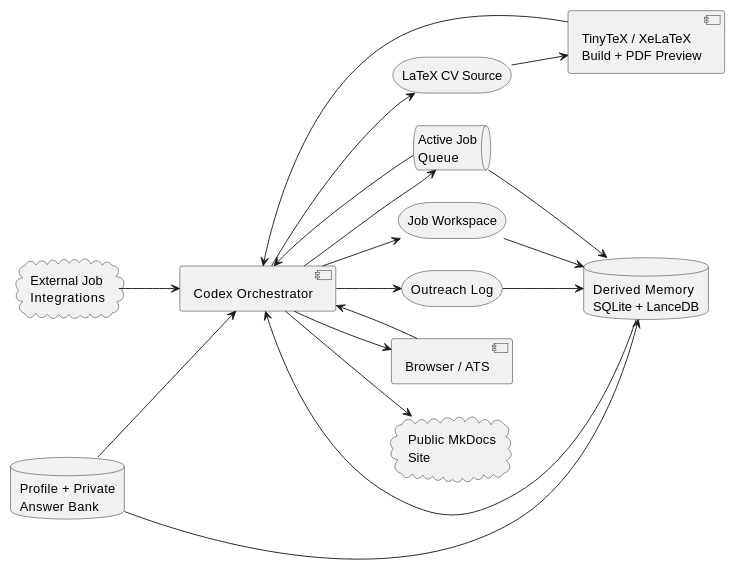
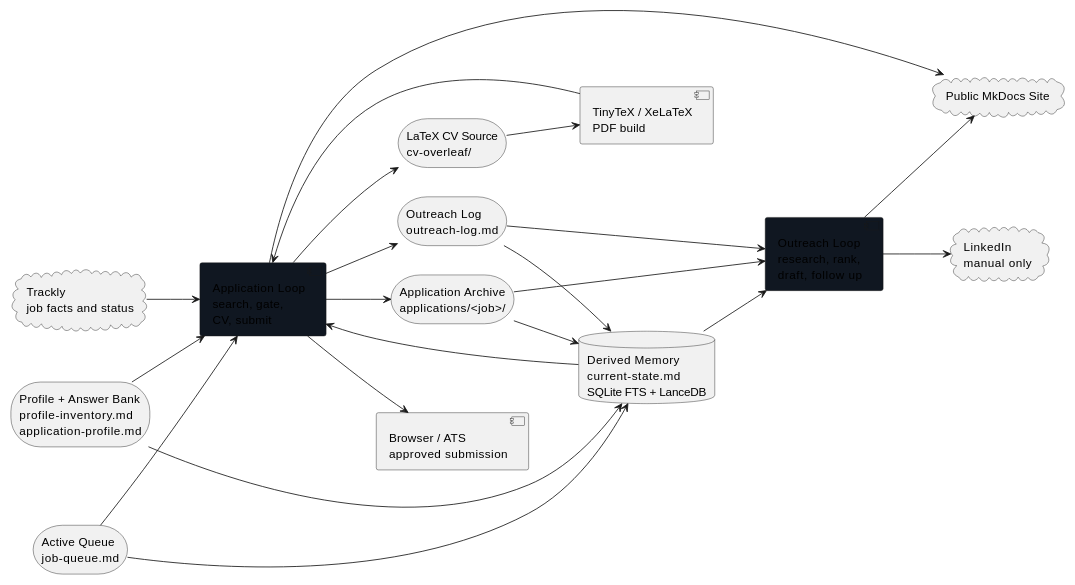
The diagram in docs/architecture.md (ddm18/codex-managed-application-workflow), drawn with PlantUML before and after one commit. The commit also changed other lines of this file and 10 other files, not shown here.

````diff
--- a/docs/architecture.md
+++ b/docs/architecture.md
@@ -10,36 +10,45 @@
 ```plantuml
 @startuml
 left to right direction
-scale 0.92
+scale 0.84
 
-cloud "External Job\nIntegrations" as JOBS
-database "Profile + Private\nAnswer Bank" as DATA
-queue "Active Job\nQueue" as QUEUE
-component "Codex Orchestrator" as CODEX
-storage "Job Workspace" as APPS
-storage "Outreach Log" as OUT
-storage "LaTeX CV Source" as CV
-database "Derived Memory\nSQLite + LanceDB" as MEM
-component "TinyTeX / XeLaTeX\nBuild + PDF Preview" as TEX
-component "Browser / ATS" as BROWSER
-cloud "Public MkDocs\nSite" as DOCS
+component "Application Loop\nsearch, gate,\nCV, submit" as APP #101721
+component "Outreach Loop\nresearch, rank,\ndraft, follow up" as OUTLOOP #101721
 
-JOBS --> CODEX
-CODEX --> QUEUE
-QUEUE --> CODEX
-DATA --> CODEX
-CODEX --> APPS
-CODEX --> OUT
-CODEX --> CV
-QUEUE --> MEM
-DATA --> MEM
-APPS --> MEM
-OUT --> MEM
-MEM --> CODEX
+cloud "Trackly\njob facts and status" as TRACKLY
+storage "Active Queue\njob-queue.md" as QUEUE
+storage "Profile + Answer Bank\nprofile-inventory.md\napplication-profile.md" as PROFILE
+storage "Application Archive\napplications/<job>/" as ARCHIVE
+storage "Outreach Log\noutreach-log.md" as OUTLOG
+storage "LaTeX CV Source\ncv-overleaf/" as CV
+database "Derived Memory\ncurrent-state.md\nSQLite FTS + LanceDB" as MEMORY
+component "TinyTeX / XeLaTeX\nPDF build" as TEX
+component "Browser / ATS\napproved submission" as BROWSER
+cloud "LinkedIn\nmanual only" as LINKEDIN
+cloud "Public MkDocs Site" as DOCS
+
+TRACKLY --> APP
+QUEUE --> APP
+PROFILE --> APP
+APP --> ARCHIVE
+APP --> CV
 CV --> TEX
-TEX --> CODEX
-CODEX --> BROWSER
-BROWSER --> CODEX
-CODEX --> DOCS
+TEX --> APP
+APP --> BROWSER
+APP --> OUTLOG
+
+OUTLOG --> OUTLOOP
+ARCHIVE --> OUTLOOP
+OUTLOOP --> LINKEDIN
+
+QUEUE --> MEMORY
+PROFILE --> MEMORY
+ARCHIVE --> MEMORY
+OUTLOG --> MEMORY
+MEMORY --> APP
+MEMORY --> OUTLOOP
+
+APP --> DOCS
+OUTLOOP --> DOCS
 @enduml
 ```
````
